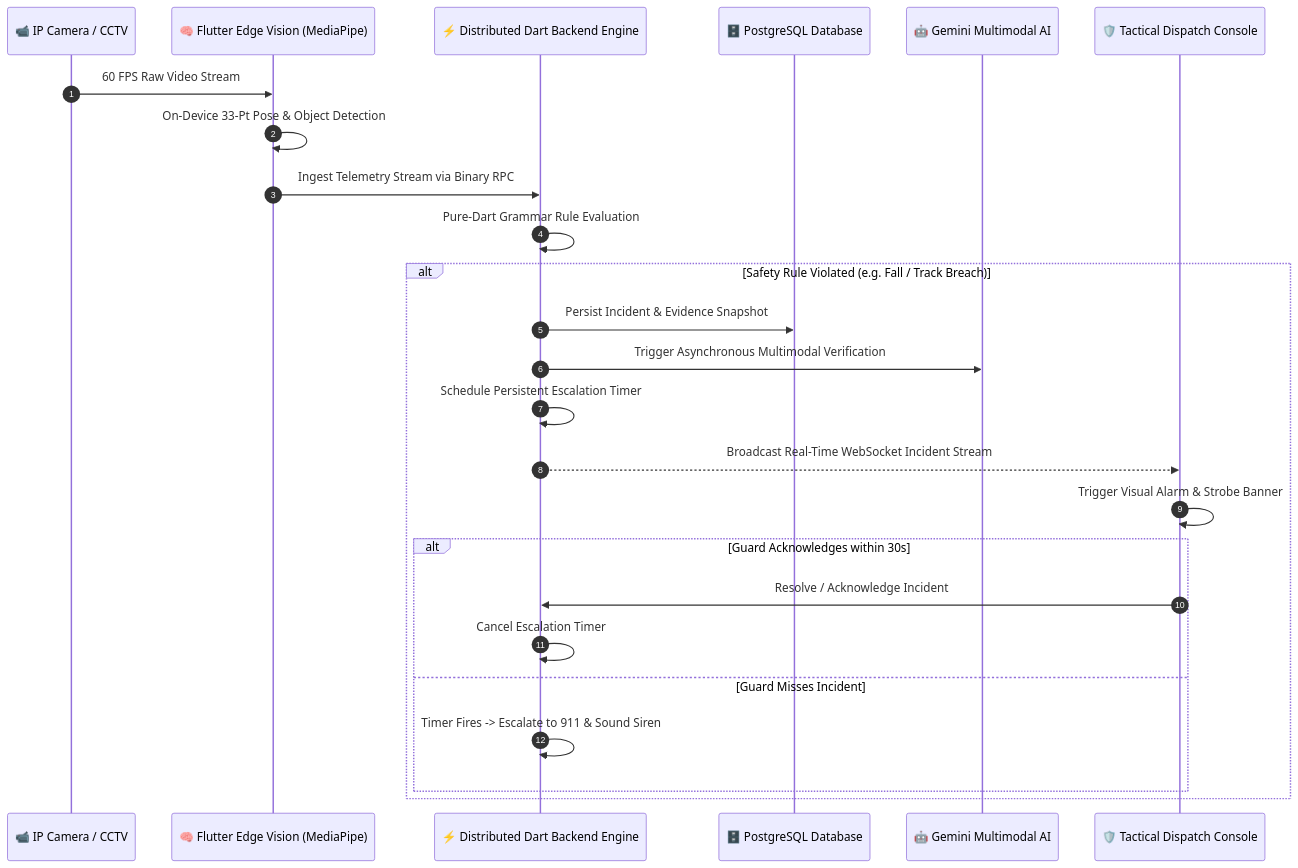
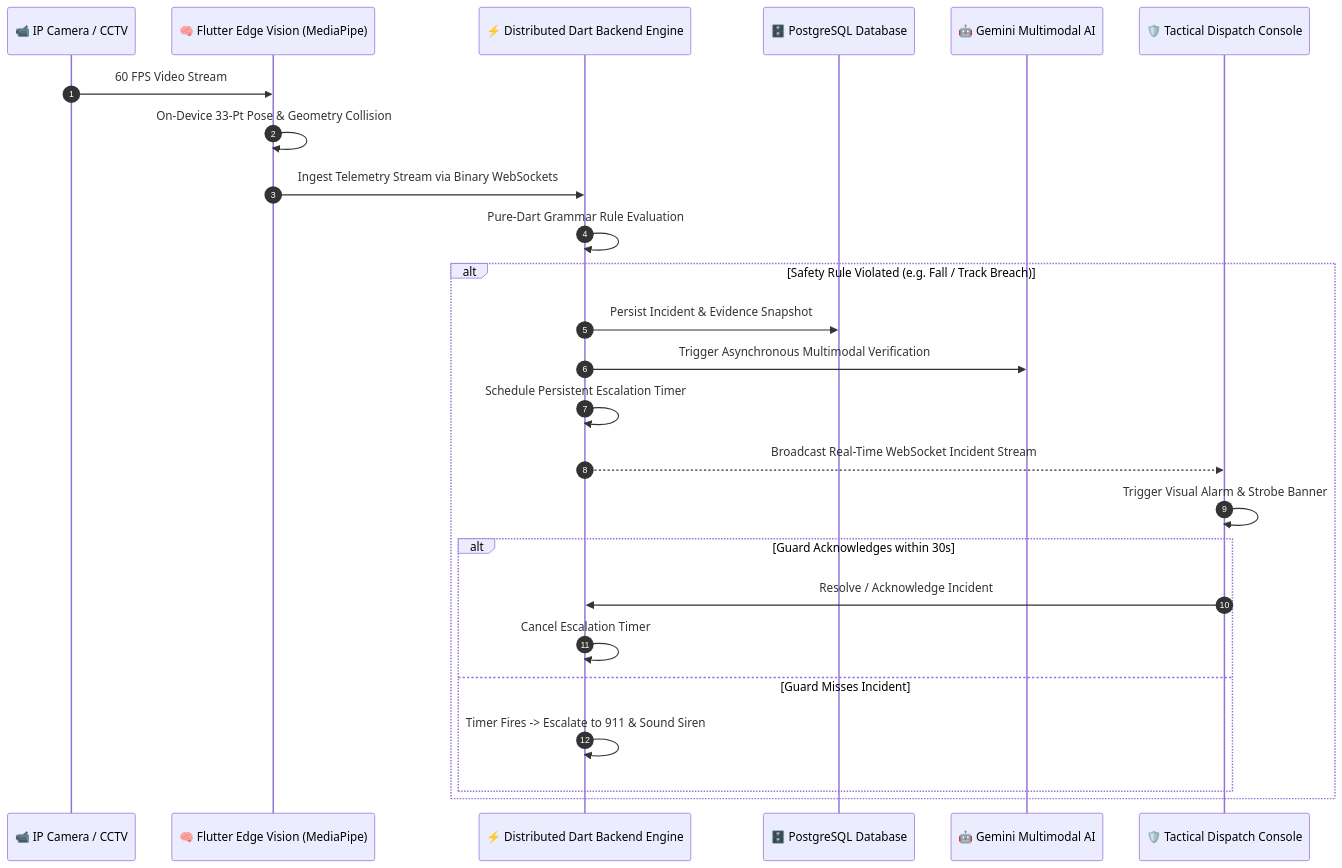
One commit to Manthan-cpp/Argus-AI changed the diagram in README.md. Above: the diagram before and after it, drawn with Mermaid. The commit also changed other lines of this file, not shown here.

````diff
--- a/README.md
+++ b/README.md
@@ -173,28 +133,28 @@
 ```mermaid
 sequenceDiagram
     autonumber
     participant Camera as 📹 IP Camera / CCTV
     participant Edge as 🧠 Flutter Edge Vision (MediaPipe)
     participant Server as ⚡ Distributed Dart Backend Engine
     participant Postgres as 🗄️ PostgreSQL Database
     participant AI as 🤖 Gemini Multimodal AI
     participant SOC as 🛡️ Tactical Dispatch Console
 
-    Camera->>Edge: 60 FPS Raw Video Stream
-    Edge->>Edge: On-Device 33-Pt Pose & Object Detection
-    Edge->>Server: Ingest Telemetry Stream via Binary RPC
+    Camera->>Edge: 60 FPS Video Stream
+    Edge->>Edge: On-Device 33-Pt Pose & Geometry Collision
+    Edge->>Server: Ingest Telemetry Stream via Binary WebSockets
     Server->>Server: Pure-Dart Grammar Rule Evaluation
     alt Safety Rule Violated (e.g. Fall / Track Breach)
         Server->>Postgres: Persist Incident & Evidence Snapshot
         Server->>AI: Trigger Asynchronous Multimodal Verification
         Server->>Server: Schedule Persistent Escalation Timer
         Server-->>SOC: Broadcast Real-Time WebSocket Incident Stream
         SOC->>SOC: Trigger Visual Alarm & Strobe Banner
         alt Guard Acknowledges within 30s
             SOC->>Server: Resolve / Acknowledge Incident
             Server->>Server: Cancel Escalation Timer
         else Guard Misses Incident
             Server->>Server: Timer Fires -> Escalate to 911 & Sound Siren
         end
     end
 ```
````
